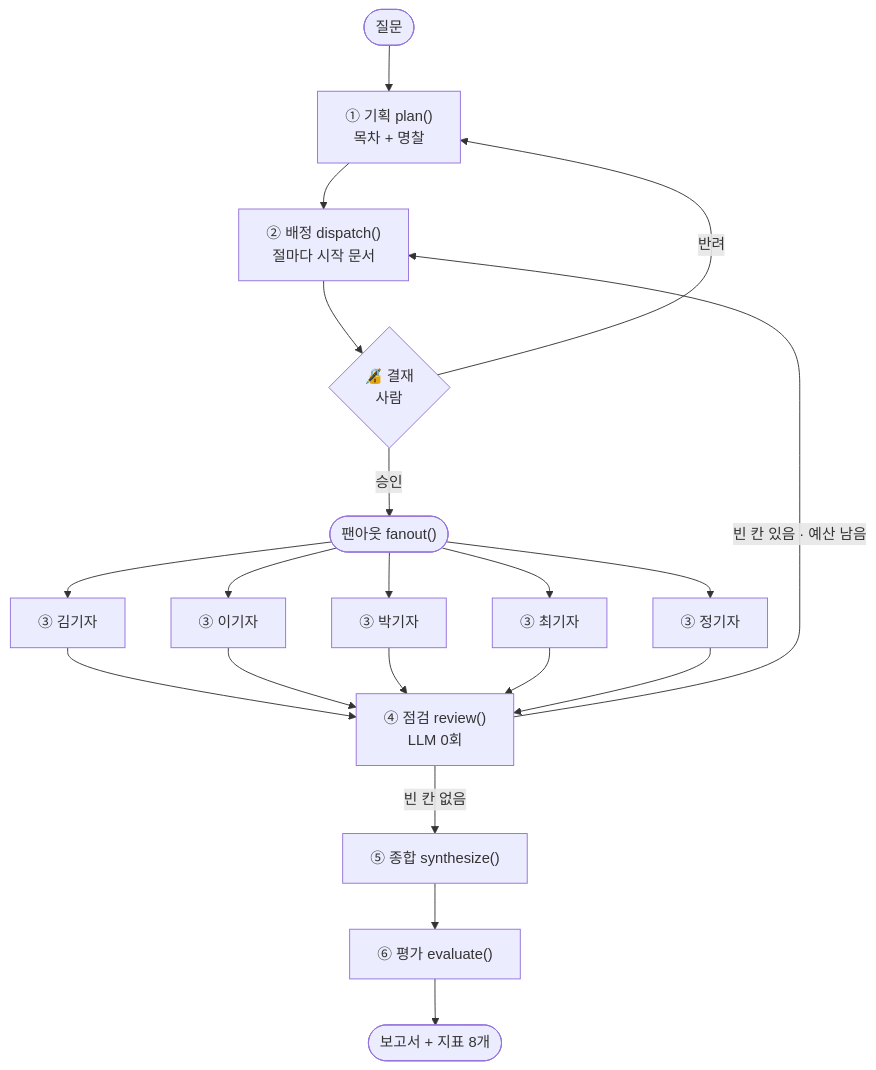
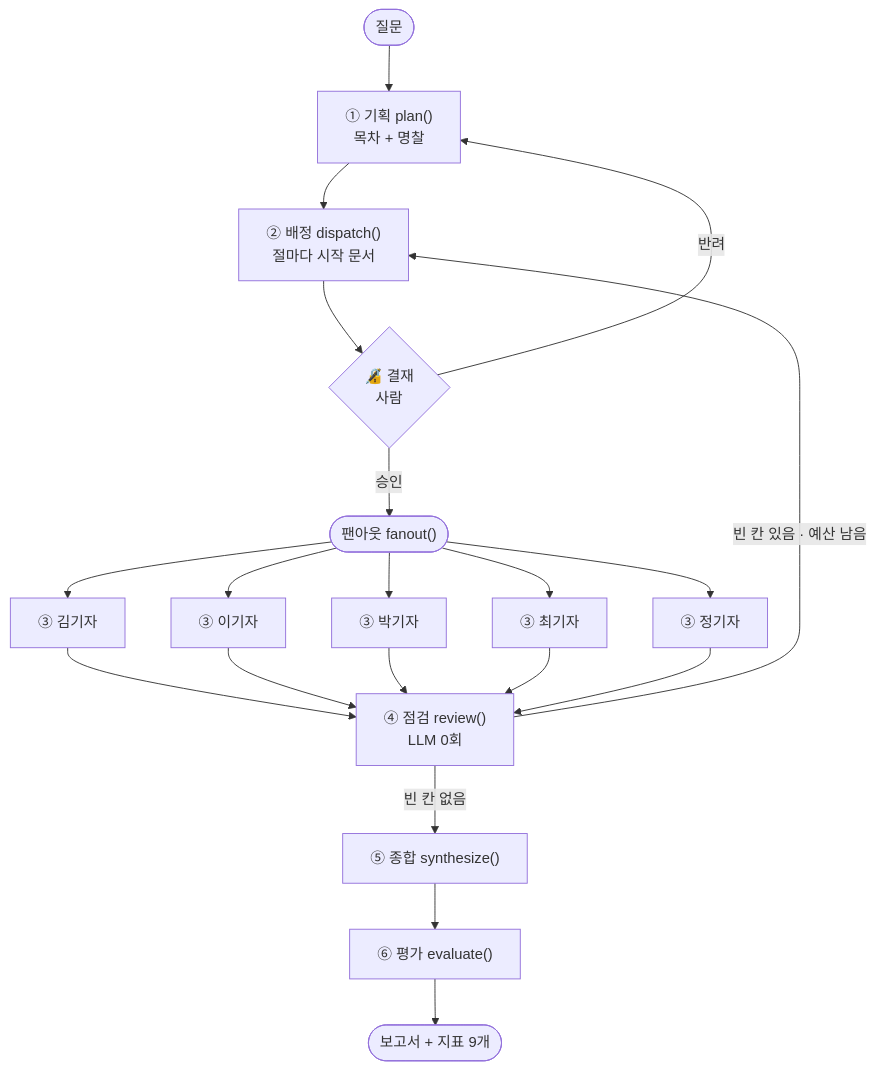
Before and after one commit to elfinnani-byte/mcu-deep-research: the diagram in REPORT.md, drawn with Mermaid. The commit also changed other lines of this file and 4 other files, not shown here.

````diff
--- a/REPORT.md
+++ b/REPORT.md
@@ -92,22 +92,22 @@
 ```mermaid
 flowchart TD
   START([질문]) --> P["① 기획 plan()<br/>목차 + 명찰"]
   P --> D["② 배정 dispatch()<br/>절마다 시작 문서"]
   D --> G{"🔏 결재<br/>사람"}
   G -- 반려 --> P
   G -- 승인 --> F(["팬아웃 fanout()"])
   F --> R1["③ 김기자"]
   F --> R2["③ 이기자"]
   F --> R3["③ 박기자"]
   F --> R4["③ 최기자"]
   F --> R5["③ 정기자"]
   R1 --> V["④ 점검 review()<br/>LLM 0회"]
   R2 --> V
   R3 --> V
   R4 --> V
   R5 --> V
   V -- "빈 칸 있음 · 예산 남음" --> D
   V -- 빈 칸 없음 --> Y["⑤ 종합 synthesize()"]
   Y --> E["⑥ 평가 evaluate()"]
-  E --> END([보고서 + 지표 8개])
+  E --> END([보고서 + 지표 9개])
 ```
````
